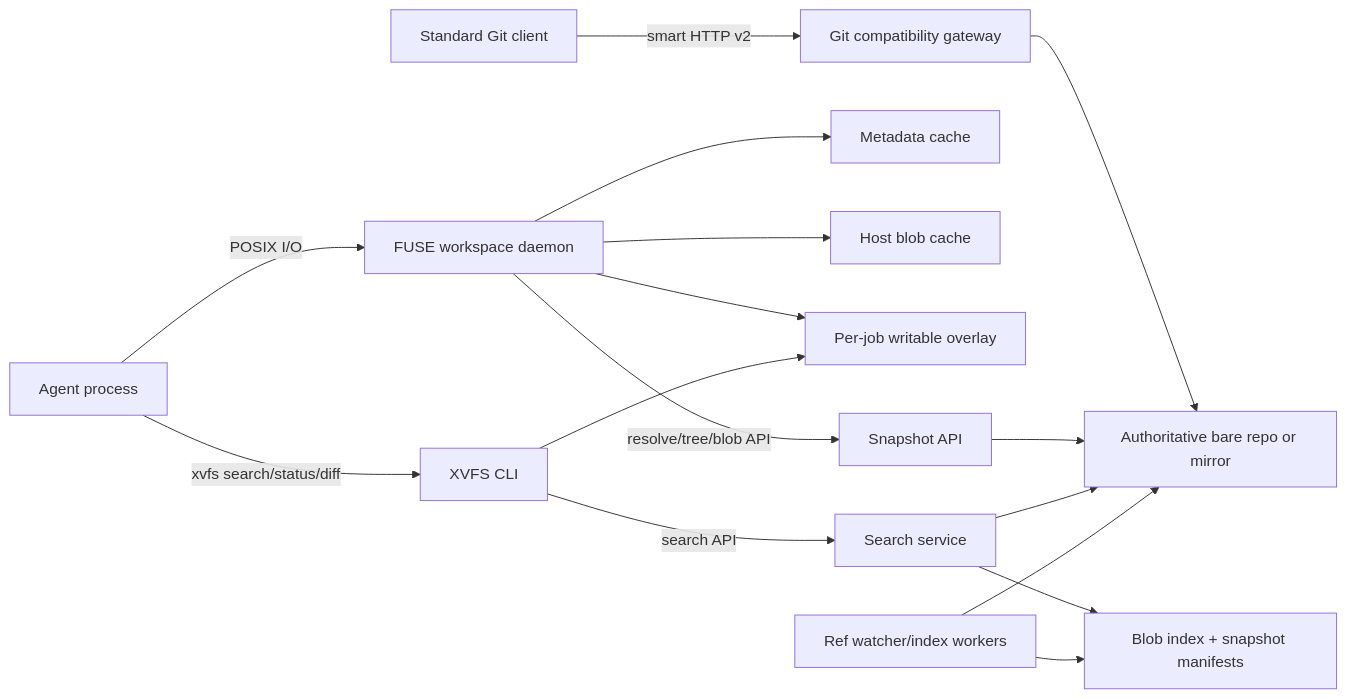
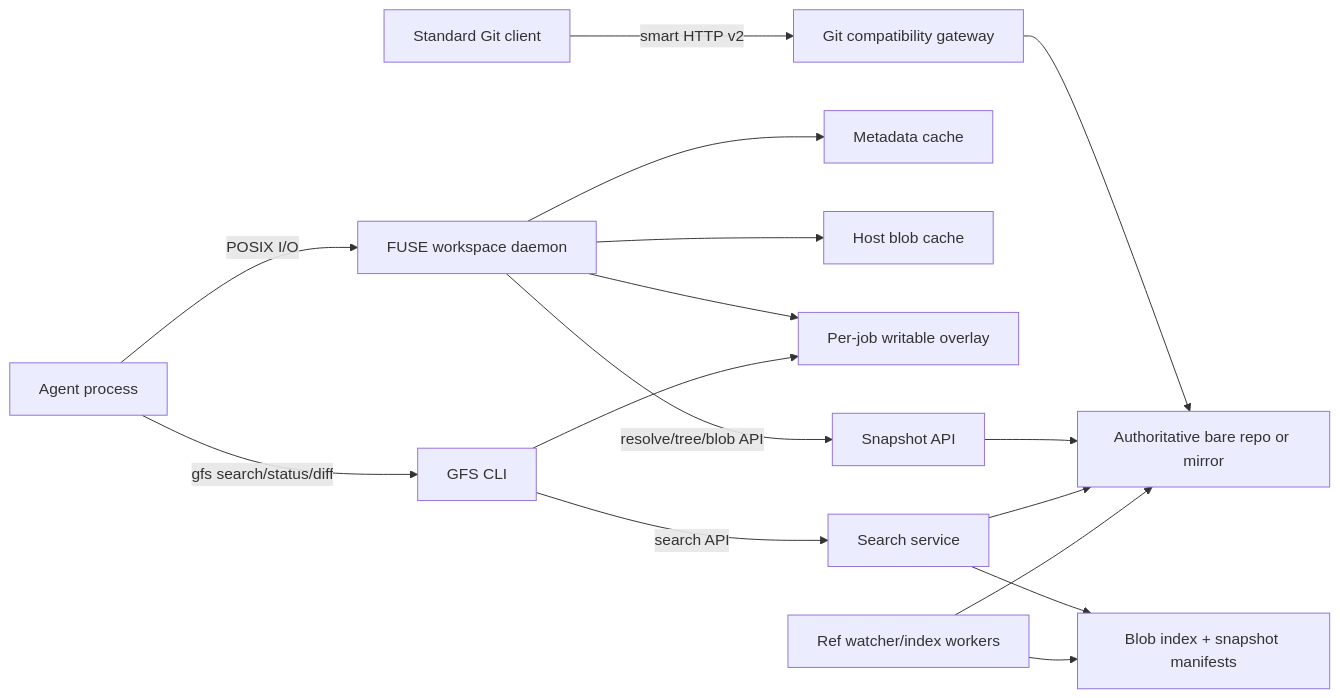
The diagram in docs/DESIGN.md (xiaodongw/gfs), drawn with Mermaid before and after one commit. The commit also changed other lines of this file and 329 other files, not shown here.

````diff
--- a/docs/DESIGN.md
+++ b/docs/DESIGN.md
@@ -104,18 +104,18 @@
 ```mermaid
 flowchart LR
     G[Standard Git client] -->|smart HTTP v2| GS[Git compatibility gateway]
     A[Agent process] -->|POSIX I/O| F[FUSE workspace daemon]
-    A -->|xvfs search/status/diff| C[XVFS CLI]
+    A -->|gfs search/status/diff| C[GFS CLI]
     F --> MC[Metadata cache]
     F --> BC[Host blob cache]
     F --> O[Per-job writable overlay]
     C --> O
     F -->|resolve/tree/blob API| API[Snapshot API]
     C -->|search API| S[Search service]
     GS --> R[Authoritative bare repo or mirror]
     API --> R
     S --> I[Blob index + snapshot manifests]
     S --> R
     W[Ref watcher/index workers] --> R
     W --> I
 ```
````
